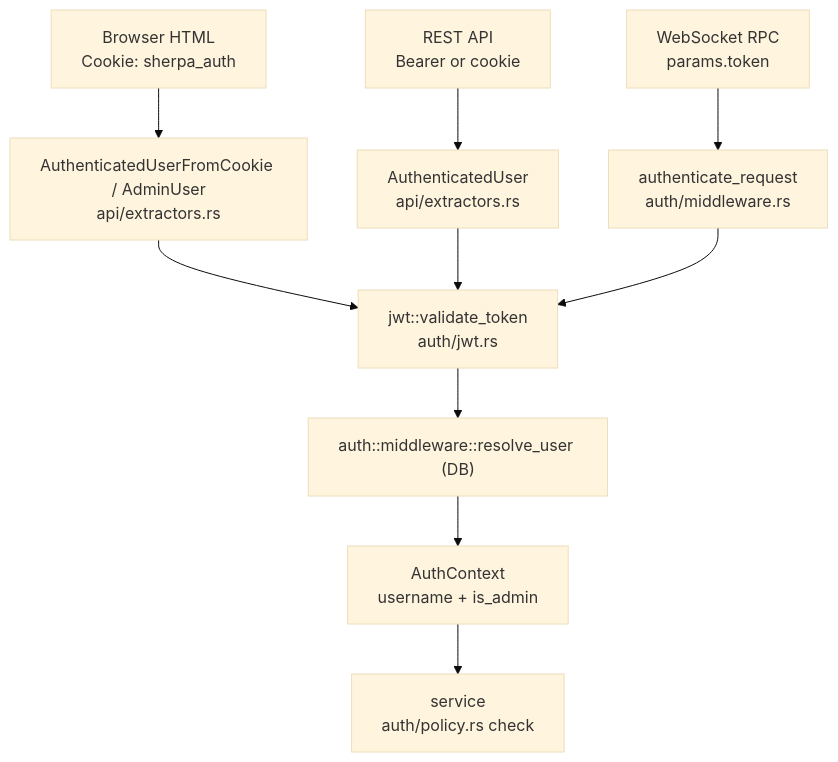
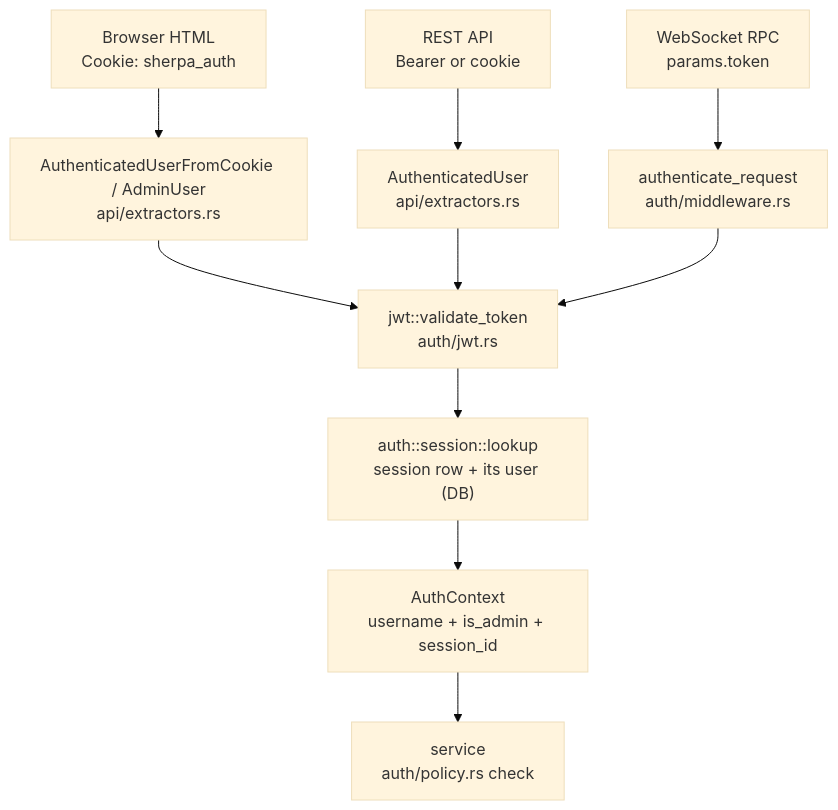
Before and after one commit to bwks/sherpa: diagram 11 of 26 in docs/architecture/SERVER.md, drawn with Mermaid (base theme). The commit also changed other lines of this file and 71 other files, not shown here.

````diff
--- a/docs/architecture/SERVER.md
+++ b/docs/architecture/SERVER.md
@@ -353,22 +357,22 @@
 ```mermaid
 flowchart TB
     browser["Browser HTML<br/>Cookie: sherpa_auth"]
     rest["REST API<br/>Bearer or cookie"]
     rpc["WebSocket RPC<br/>params.token"]
     cookieext["AuthenticatedUserFromCookie / AdminUser<br/>api/extractors.rs"]
     restext["AuthenticatedUser<br/>api/extractors.rs"]
     authreq["authenticate_request<br/>auth/middleware.rs"]
     jwt["jwt::validate_token<br/>auth/jwt.rs"]
-    resolve["auth::middleware::resolve_user (DB)"]
-    ctx["AuthContext<br/>username + is_admin"]
+    resolve["auth::session::lookup<br/>session row + its user (DB)"]
+    ctx["AuthContext<br/>username + is_admin + session_id"]
     service["service<br/>auth/policy.rs check"]
     browser --> cookieext
     rest --> restext
     rpc --> authreq
     cookieext --> jwt
     restext --> jwt
     authreq --> jwt
     jwt --> resolve
     resolve --> ctx
     ctx --> service
 ```
````
